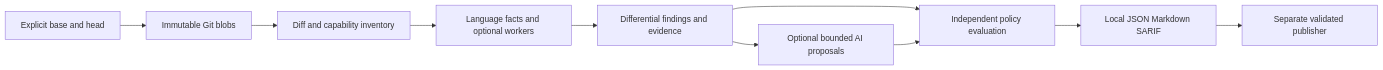
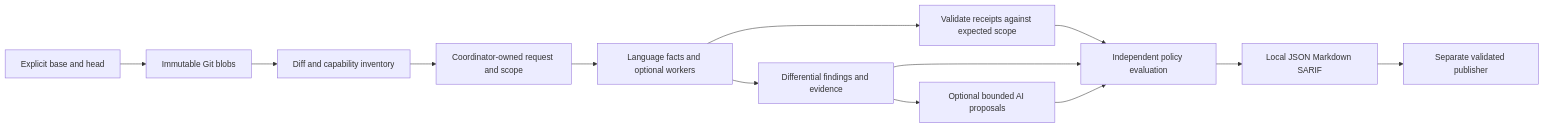
Before and after one commit to sky2464/PullRaptor: the diagram in docs/superpowers/specs/2026-10-03-pullraptor-design.md, drawn with Mermaid. The commit also changed other lines of this file and 16 other files, not shown here.

````diff
--- a/docs/superpowers/specs/2026-10-03-pullraptor-design.md
+++ b/docs/superpowers/specs/2026-10-03-pullraptor-design.md
@@ -32,12 +32,15 @@
 ```mermaid
 flowchart LR
   A[Explicit base and head] --> B[Immutable Git blobs]
   B --> C[Diff and capability inventory]
-  C --> D[Language facts and optional workers]
+  C --> S[Coordinator-owned request and scope]
+  S --> D[Language facts and optional workers]
   D --> E[Differential findings and evidence]
-  E --> F[Independent policy evaluation]
+  D --> J[Validate receipts against expected scope]
+  J --> F[Independent policy evaluation]
+  E --> F
   F --> G[Local JSON Markdown SARIF]
   E --> H[Optional bounded AI proposals]
   H --> F
   G --> I[Separate validated publisher]
 ```
````
